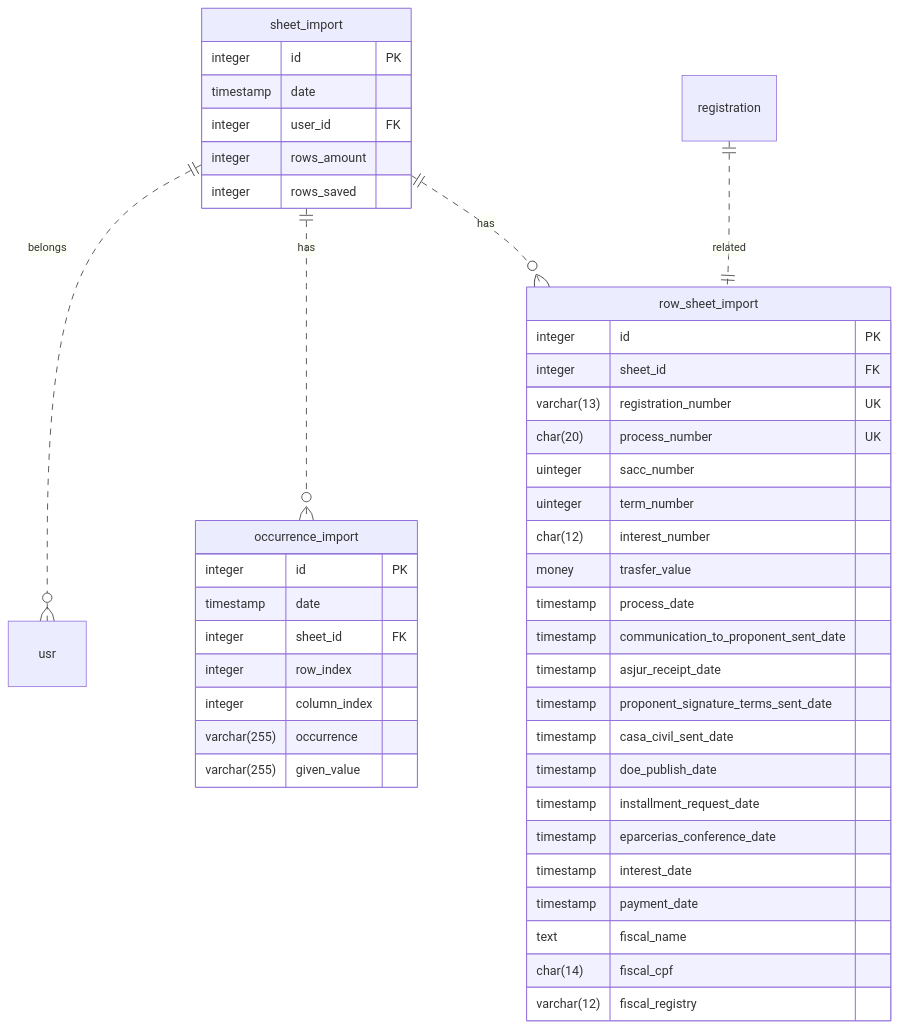
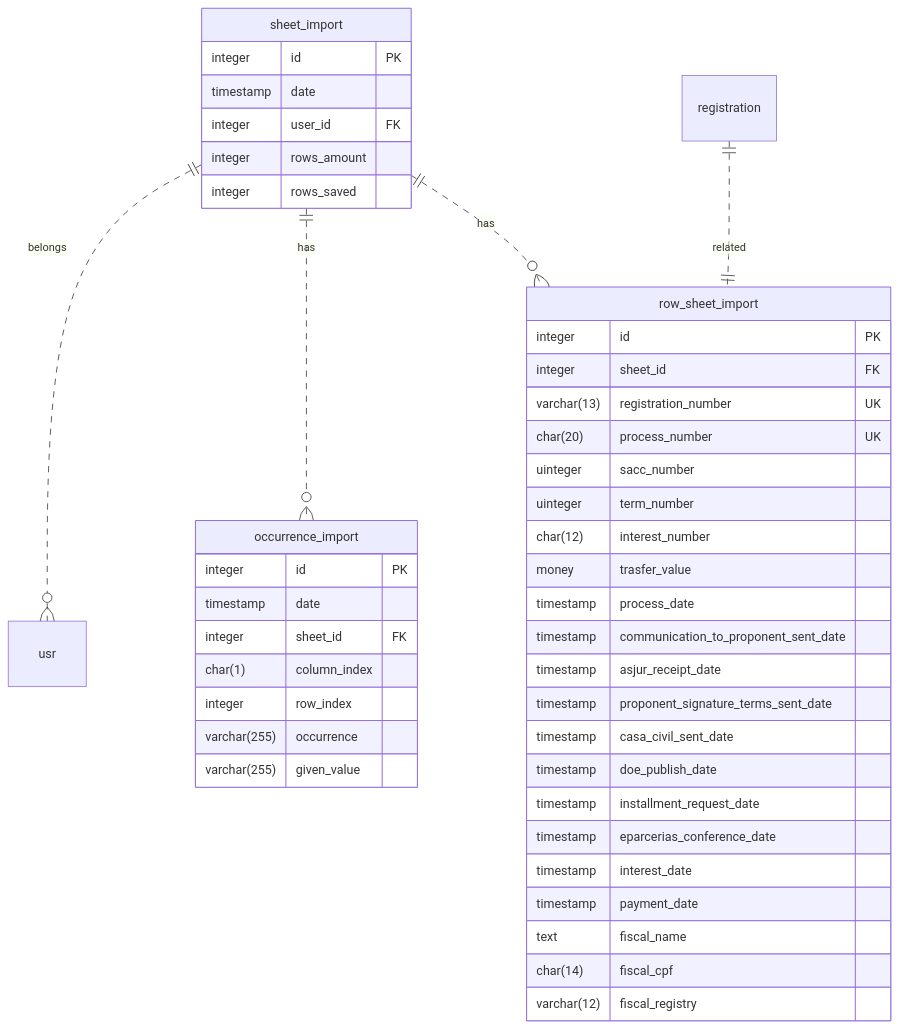
One commit to secultce/plugin-BigSheetImporter changed the diagram in README.md. Above: the diagram before and after it, drawn with Mermaid. The commit also changed 2 other files, not shown here.

Commit message:
refactor: Alterando tipo no banco com índice da coluna para CHAR(1)

````diff
--- a/README.md
+++ b/README.md
@@ -7,47 +7,47 @@
 ```mermaid
 erDiagram
 s ||..o{ usr : belongs
 s ||..o{ o : has
 s ||..o{ r : has
 registration ||..|| r : related
 
 s[sheet_import]{
     integer       id                      PK
     timestamp     date
     integer       user_id                 FK
     integer       rows_amount
     integer       rows_saved
 }
 o[occurrence_import]{
     integer       id                      PK
     timestamp     date
     integer       sheet_id                FK
+    char(1)       column_index
     integer       row_index
-    integer       column_index
     varchar(255)  occurrence
     varchar(255)  given_value
 }
 r[row_sheet_import]{
     integer       id                      PK
     integer       sheet_id                FK
     varchar(13)   registration_number     UK
     char(20)      process_number          UK
     uinteger      sacc_number
     uinteger      term_number
     char(12)      interest_number
     money         trasfer_value
     timestamp     process_date
     timestamp     communication_to_proponent_sent_date
     timestamp     asjur_receipt_date
     timestamp     proponent_signature_terms_sent_date
     timestamp     casa_civil_sent_date
     timestamp     doe_publish_date
     timestamp     installment_request_date
     timestamp     eparcerias_conference_date
     timestamp     interest_date
     timestamp     payment_date
     text          fiscal_name
     char(14)      fiscal_cpf
     varchar(12)   fiscal_registry
 }
 ```
````
